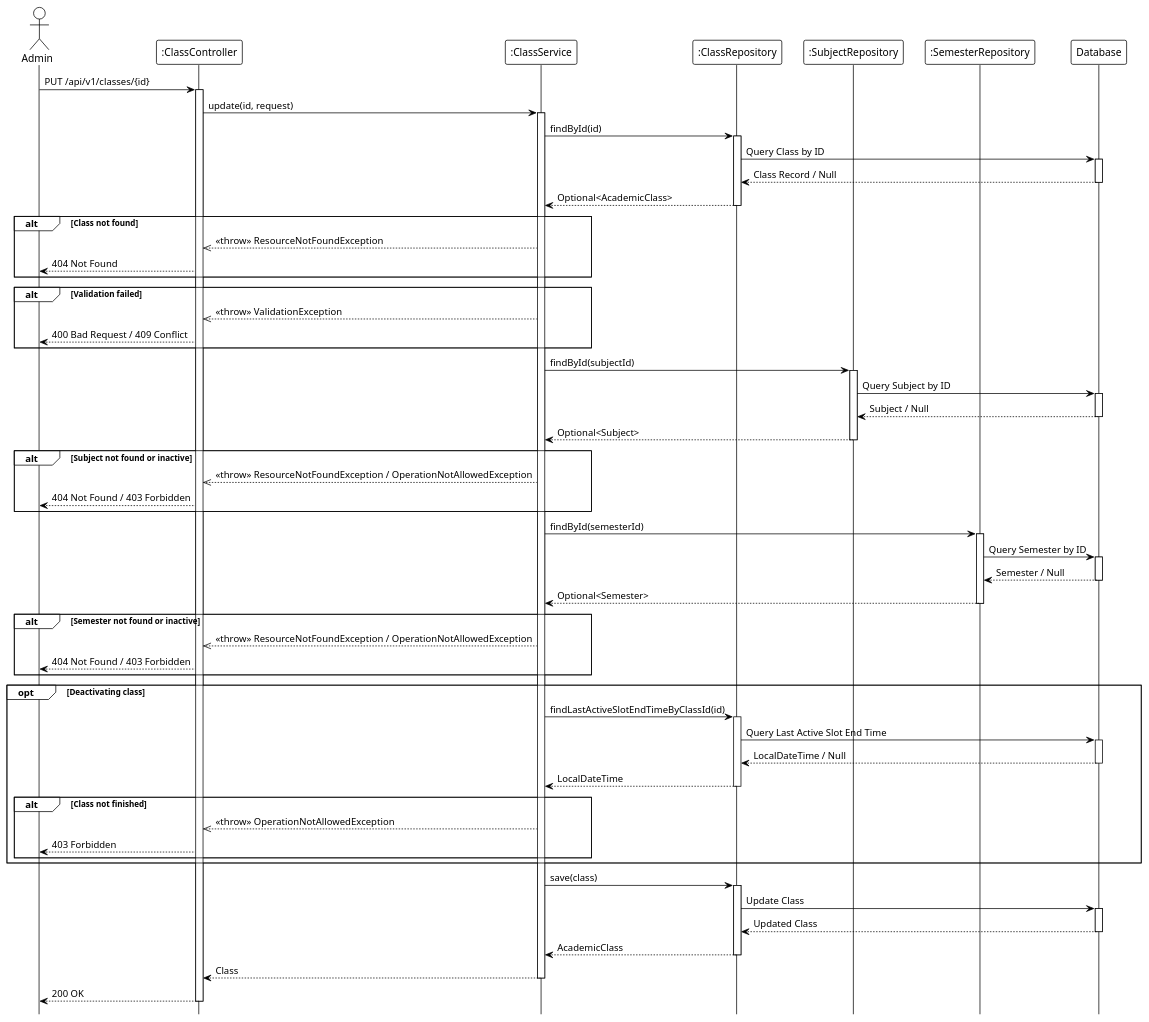
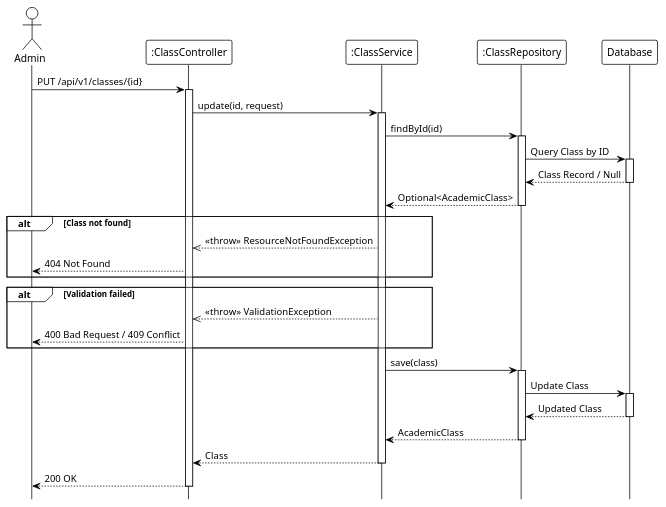
The diagram in system_detailed_design/26_update_class/sequence_diagram_update_class.puml (Ndh474/context), drawn with PlantUML before and after one commit. The commit also changed 17 other files, not shown here.

```diff
--- a/system_detailed_design/26_update_class/sequence_diagram_update_class.puml
+++ b/system_detailed_design/26_update_class/sequence_diagram_update_class.puml
@@ -1,116 +1,59 @@
 @startuml update_class
 !theme plain
 hide footbox
 
 actor Admin
 participant ":ClassController" as Controller
 participant ":ClassService" as Service
-participant ":ClassRepository" as ClassRepo
-participant ":SubjectRepository" as SubjectRepo
-participant ":SemesterRepository" as SemesterRepo
+participant ":ClassRepository" as Repository
 participant "Database" as DB
 
 ' --- MAIN FLOW ---
 Admin -> Controller: PUT /api/v1/classes/{id}
 activate Controller
 
 Controller -> Service: update(id, request)
 activate Service
 
 ' --- FIND EXISTING ---
-Service -> ClassRepo: findById(id)
-activate ClassRepo
+Service -> Repository: findById(id)
+activate Repository
 
-ClassRepo -> DB: Query Class by ID
+Repository -> DB: Query Class by ID
 activate DB
-DB --> ClassRepo: Class Record / Null
+DB --> Repository: Class Record / Null
 deactivate DB
 
-ClassRepo --> Service: Optional<AcademicClass>
-deactivate ClassRepo
+Repository --> Service: Optional<AcademicClass>
+deactivate Repository
 
 alt Class not found
     Service -->> Controller: <<throw>> ResourceNotFoundException
     Controller --> Admin: 404 Not Found
 end
 
-' --- VALIDATION LOGIC ---
-' Validation logic (internal)
+' Validation logic (internal: code uniqueness, subject/semester validation, deactivation check)
 
 alt Validation failed
     Service -->> Controller: <<throw>> ValidationException
     Controller --> Admin: 400 Bad Request / 409 Conflict
 end
 
-' --- VALIDATE SUBJECT ---
-Service -> SubjectRepo: findById(subjectId)
-activate SubjectRepo
+Service -> Repository: save(class)
+activate Repository
 
-SubjectRepo -> DB: Query Subject by ID
+Repository -> DB: Update Class
 activate DB
-DB --> SubjectRepo: Subject / Null
+DB --> Repository: Updated Class
 deactivate DB
 
-SubjectRepo --> Service: Optional<Subject>
-deactivate SubjectRepo
-
-alt Subject not found or inactive
-    Service -->> Controller: <<throw>> ResourceNotFoundException / OperationNotAllowedException
-    Controller --> Admin: 404 Not Found / 403 Forbidden
-end
-
-' --- VALIDATE SEMESTER ---
-Service -> SemesterRepo: findById(semesterId)
-activate SemesterRepo
-
-SemesterRepo -> DB: Query Semester by ID
-activate DB
-DB --> SemesterRepo: Semester / Null
-deactivate DB
-
-SemesterRepo --> Service: Optional<Semester>
-deactivate SemesterRepo
-
-alt Semester not found or inactive
-    Service -->> Controller: <<throw>> ResourceNotFoundException / OperationNotAllowedException
-    Controller --> Admin: 404 Not Found / 403 Forbidden
-end
-
-' --- DEACTIVATION CHECK ---
-opt Deactivating class
-    Service -> ClassRepo: findLastActiveSlotEndTimeByClassId(id)
-    activate ClassRepo
-
-    ClassRepo -> DB: Query Last Active Slot End Time
-    activate DB
-    DB --> ClassRepo: LocalDateTime / Null
-    deactivate DB
-
-    ClassRepo --> Service: LocalDateTime
-    deactivate ClassRepo
-
-    alt Class not finished
-        Service -->> Controller: <<throw>> OperationNotAllowedException
-        Controller --> Admin: 403 Forbidden
-    end
-end
-
-' --- UPDATE ---
-Service -> ClassRepo: save(class)
-activate ClassRepo
-
-ClassRepo -> DB: Update Class
-activate DB
-DB --> ClassRepo: Updated Class
-deactivate DB
-
-ClassRepo --> Service: AcademicClass
-deactivate ClassRepo
+Repository --> Service: AcademicClass
+deactivate Repository
 
 Service --> Controller: Class
 deactivate Service
 
 Controller --> Admin: 200 OK
 deactivate Controller
 
 @enduml
```
